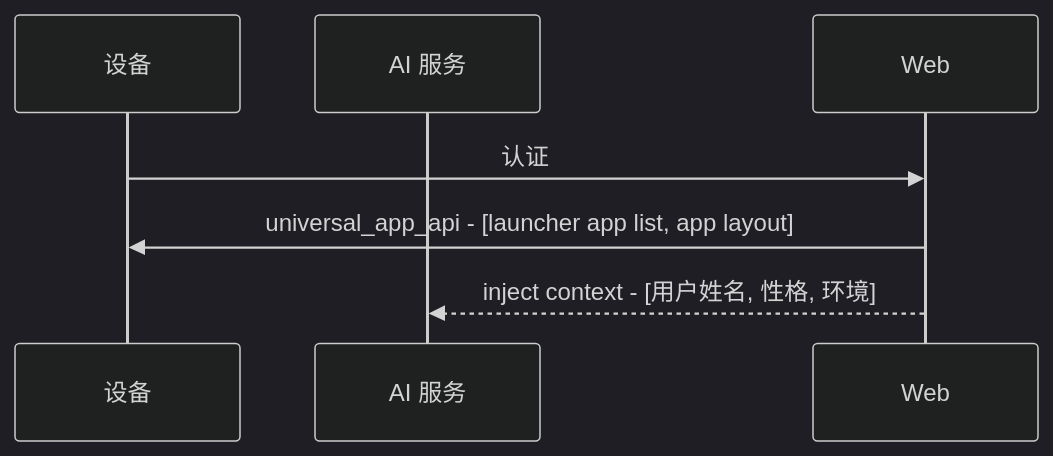
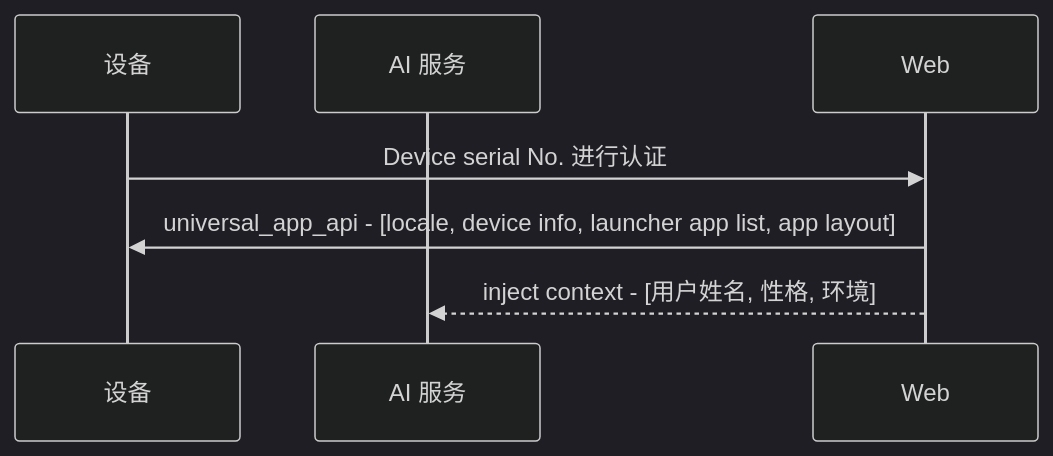
The first of 9 diagrams in projects/commercial/USER_STORY.md (shaojun/open_docs), drawn with Mermaid (dark theme) before and after one commit. The commit also changed 1 other file, not shown here.

````diff
--- a/projects/commercial/USER_STORY.md
+++ b/projects/commercial/USER_STORY.md
@@ -4,8 +4,8 @@
 ```mermaid
 sequenceDiagram
     participant Device as 设备
     participant AIService as AI 服务
-    Device->>Web: 认证
-    Web->>Device: universal_app_api - [launcher app list, app layout]
+    Device->>Web: Device serial No. 进行认证
+    Web->>Device: universal_app_api - [locale, device info, launcher app list, app layout]
     Web-->>AIService: inject context - [用户姓名, 性格, 环境]    
 ```
````
